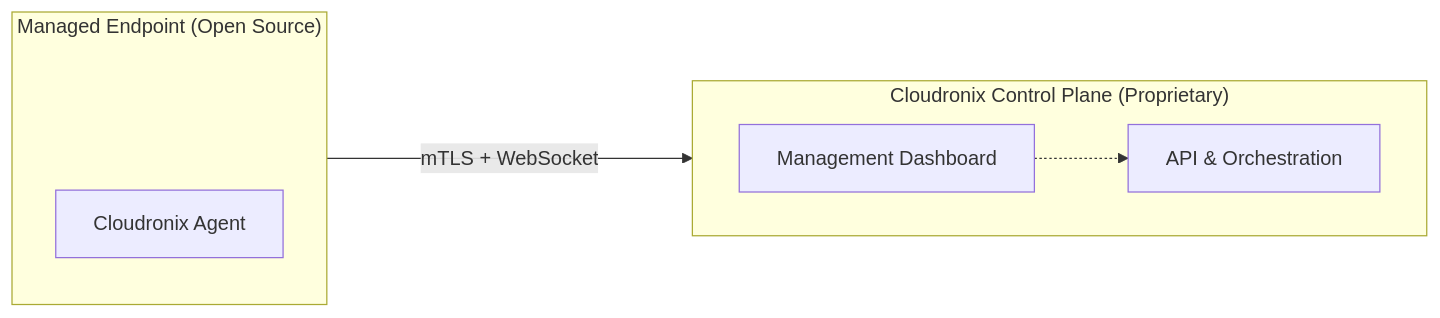
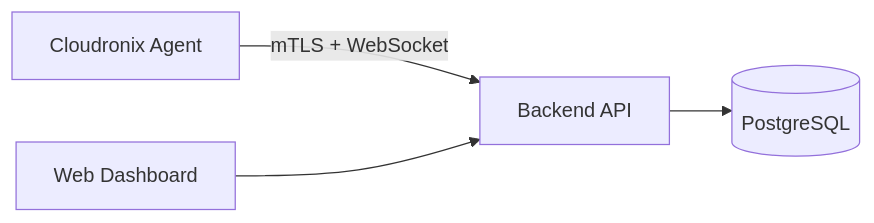
Before and after one commit to alexandrosnt/Cloudronix: the diagram in README.md, drawn with Mermaid.

Commit message:
Modifying README.md graph for better visibility thanks to mermaid.live.

````diff
--- a/README.md
+++ b/README.md
@@ -23,22 +23,6 @@
 ```mermaid
-graph LR
-    %% Define a spacer to force vertical distance
-    classDef spacer height:30px,fill:none,stroke:none;
-
-    subgraph "Managed Endpoint (Open Source)"
-        direction TB
-        %% This invisible spacer pushes the Agent box down
-        S1[ ]:::spacer
-        Agent[Cloudronix Agent]
-        S1 ~~~ Agent
-    end
-
-    subgraph "Cloudronix Control Plane (Proprietary)"
-        direction LR
-        UI[Management Dashboard]
-        API[API & Orchestration]
-        UI -.-> API
-    end
-
-    Agent ---->|mTLS + WebSocket| API
+flowchart LR
+    Agent[Cloudronix Agent] -->|mTLS + WebSocket| API[Backend API]
+    API --> DB[(PostgreSQL)]
+    Dashboard[Web Dashboard] --> API
 ```
````
